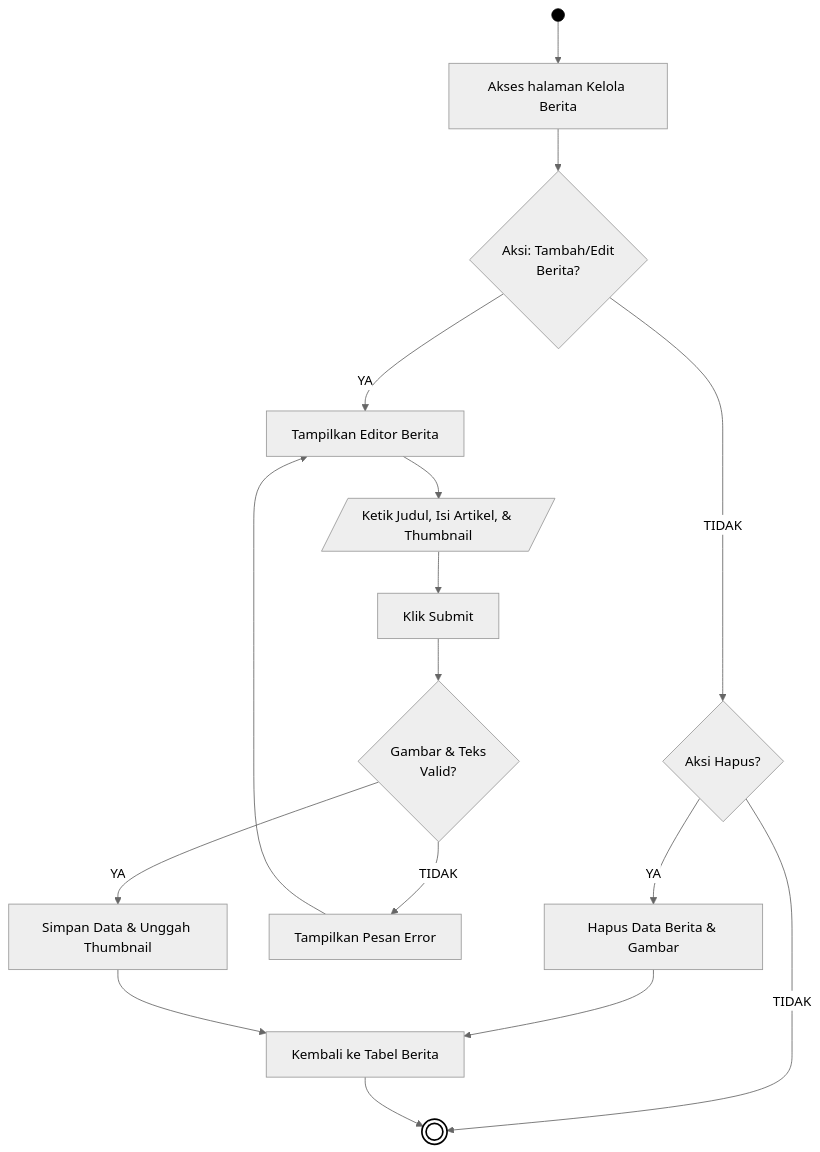
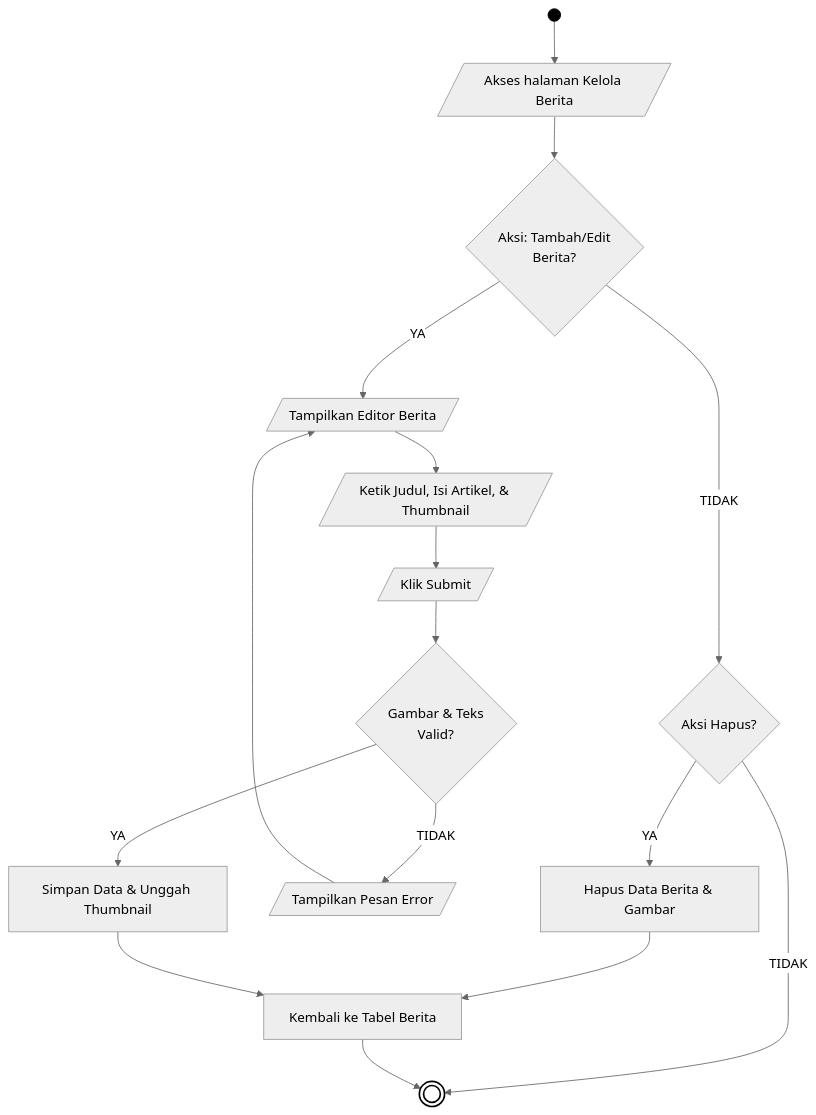
Before and after one commit to arbain-dev/Web_fikom: the seventh of 21 diagrams in docs/01_DIAGRAM_AKTIVITAS.md, drawn with Mermaid (neutral theme). The commit also changed other lines of this file, not shown here.

````diff
--- a/docs/01_DIAGRAM_AKTIVITAS.md
+++ b/docs/01_DIAGRAM_AKTIVITAS.md
@@ -214,26 +214,26 @@
 ```mermaid
 flowchart TD
-    Start(( )) --> A[Akses halaman Kelola Berita]
+    Start(( )) --> A[/Akses halaman Kelola Berita/]
     
     A --> B{Aksi: Tambah/Edit\nBerita?}
     
     B -- TIDAK --> Hapus{Aksi Hapus?}
     Hapus -- YA --> HC[Hapus Data Berita & Gambar]
     Hapus -- TIDAK --> End((( )))
     HC --> I[Kembali ke Tabel Berita]
     
-    B -- YA --> C[Tampilkan Editor Berita]
+    B -- YA --> C[/Tampilkan Editor Berita/]
     C --> D[/Ketik Judul, Isi Artikel, & Thumbnail/]
-    D --> E[Klik Submit]
+    D --> E[/Klik Submit/]
     
     E --> F{Gambar & Teks\nValid?}
-    F -- TIDAK --> G[Tampilkan Pesan Error]
+    F -- TIDAK --> G[/Tampilkan Pesan Error/]
     G --> C
     
     F -- YA --> H[Simpan Data & Unggah Thumbnail]
     H --> I
     I --> End
     
     style Start fill:#000,stroke:#000,color:#000
     style End fill:#fff,stroke:#000,stroke-width:2px
 ```
````
